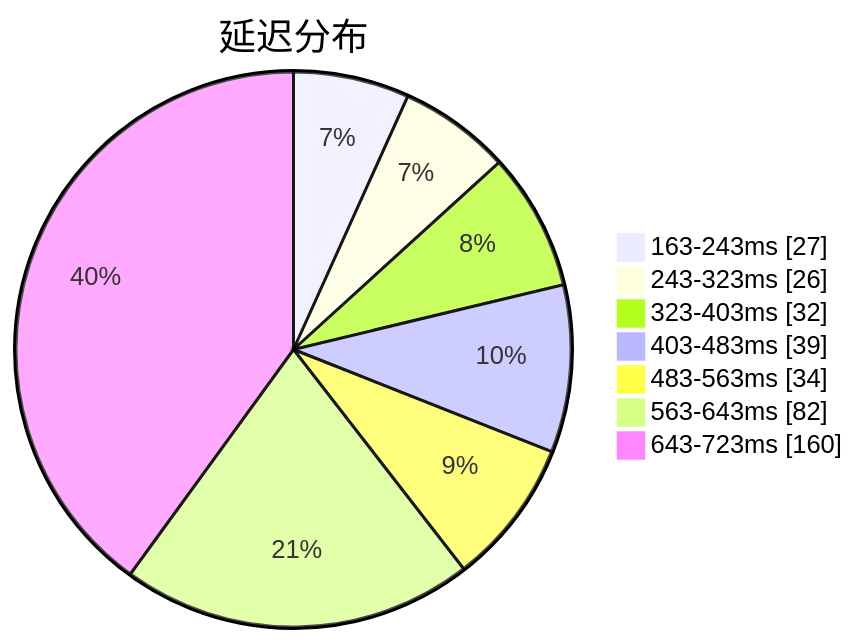
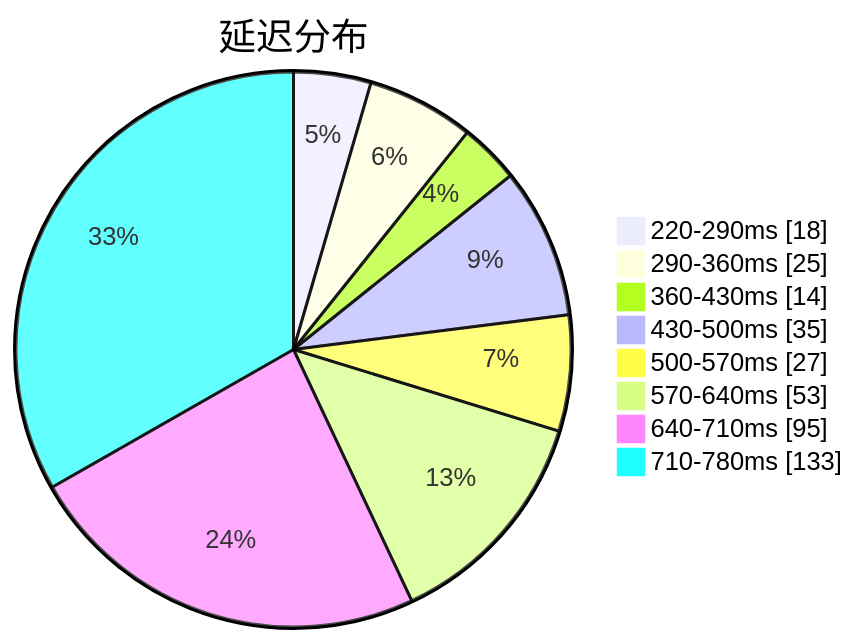
The first of 3 diagrams in subs/statistics/tested_within.md (qjlxg/airport), drawn with Mermaid before and after one commit. The commit also changed other lines of this file and 2 other files, not shown here.

````diff
--- a/subs/statistics/tested_within.md
+++ b/subs/statistics/tested_within.md
@@ -2,11 +2,12 @@
 ```mermaid
 pie showData
 title 延迟分布
-"163-243ms" : 27
-"243-323ms" : 26
-"323-403ms" : 32
-"403-483ms" : 39
-"483-563ms" : 34
-"563-643ms" : 82
-"643-723ms" : 160
+"220-290ms" : 18
+"290-360ms" : 25
+"360-430ms" : 14
+"430-500ms" : 35
+"500-570ms" : 27
+"570-640ms" : 53
+"640-710ms" : 95
+"710-780ms" : 133
 ```
````
